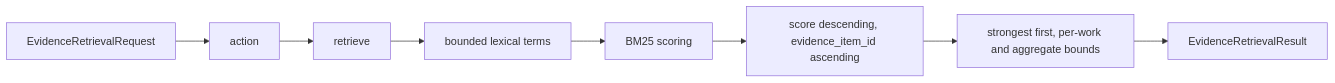
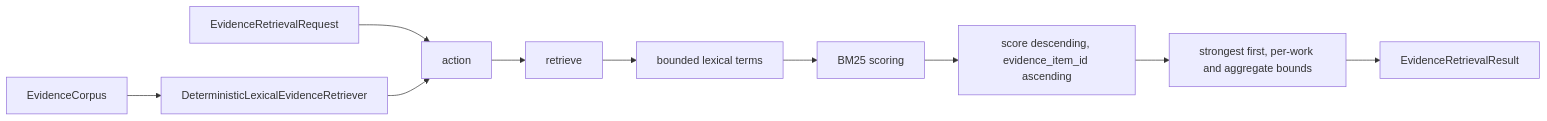
The second of 2 diagrams in docs/architecture/projectkoios/search/evidence_retrieval/implementation.md (eragasa/projectkoios-search), drawn with Mermaid before and after one commit. The commit also changed other lines of this file and 10 other files, not shown here.

Commit message:
feat(search): derive immutable evidence corpus identity

````diff
--- a/docs/architecture/projectkoios/search/evidence_retrieval/implementation.md
+++ b/docs/architecture/projectkoios/search/evidence_retrieval/implementation.md
@@ -8,10 +30,12 @@
 ```mermaid
 flowchart LR
+    Corpus["EvidenceCorpus"] --> Retriever["DeterministicLexicalEvidenceRetriever"]
     Request["EvidenceRetrievalRequest"] --> Action["action"]
+    Retriever --> Action
     Action --> Retrieve["retrieve"]
     Retrieve --> Tokenize["bounded lexical terms"]
     Tokenize --> Score["BM25 scoring"]
     Score --> Order["score descending, evidence_item_id ascending"]
     Order --> Select["strongest first, per-work and aggregate bounds"]
     Select --> Result["EvidenceRetrievalResult"]
 ```
````
